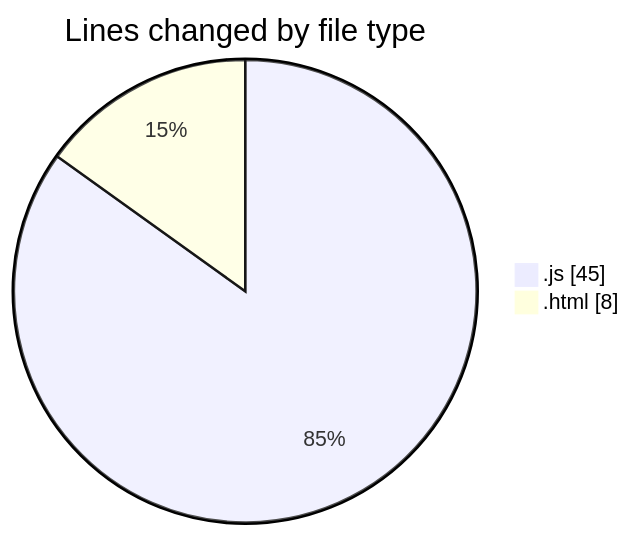
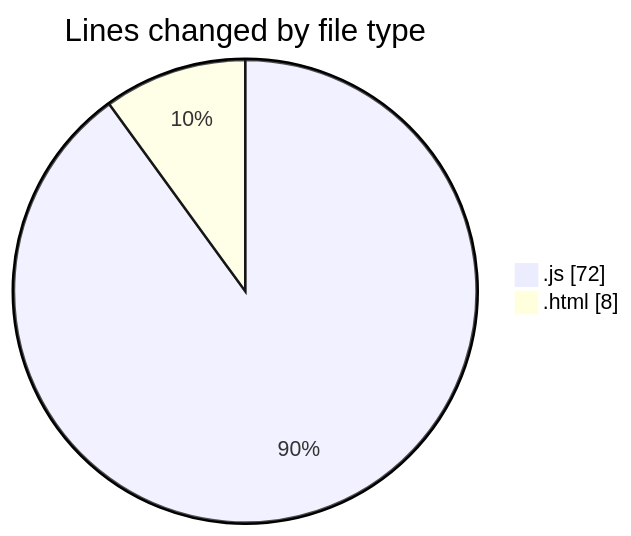
One commit to Ritupan-Deka/code-tracking changed the first of 2 diagrams in 2025-01-25/projects/README.md. Above: the diagram before and after it, drawn with Mermaid. The commit also changed other lines of this file and 1 other file, not shown here.

````diff
--- a/2025-01-25/projects/README.md
+++ b/2025-01-25/projects/README.md
@@ -21,6 +21,6 @@
 ```mermaid
 pie showData
 title Lines changed by file type
-".js" : 45
+".js" : 72
 ".html" : 8
 ```
````
